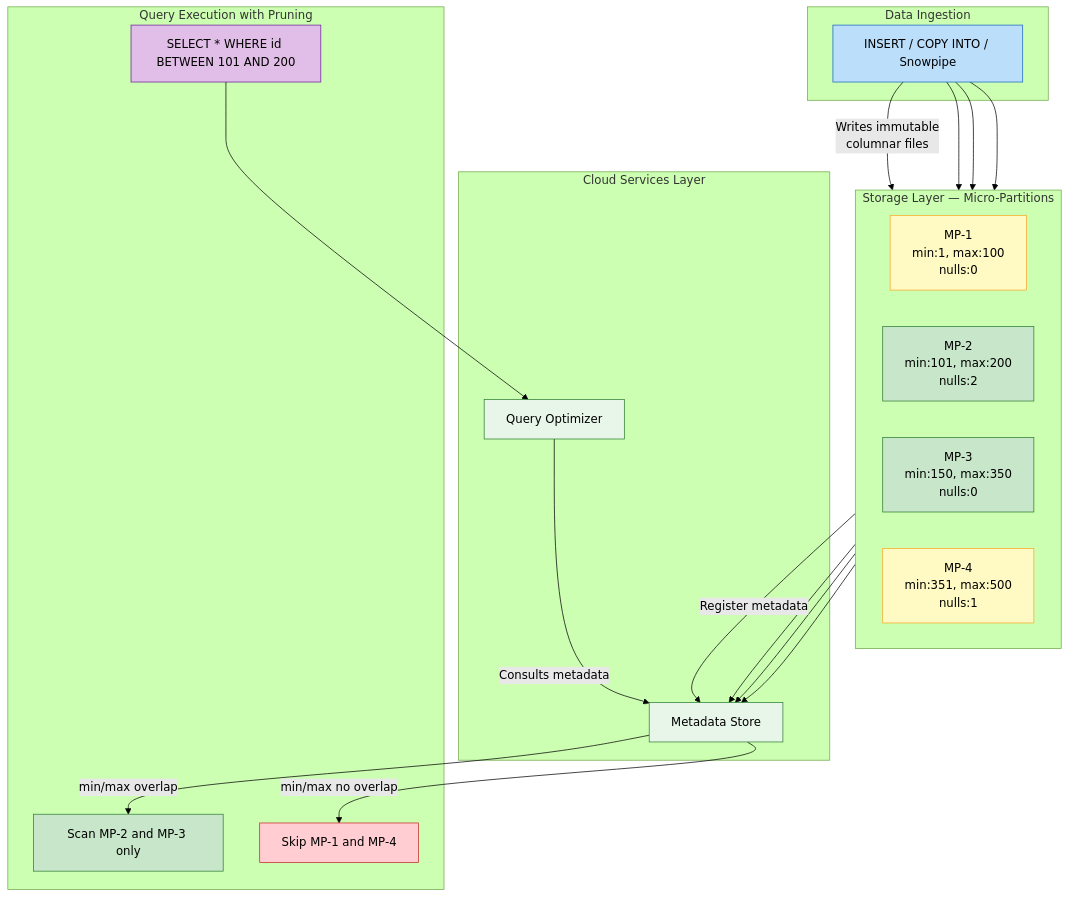
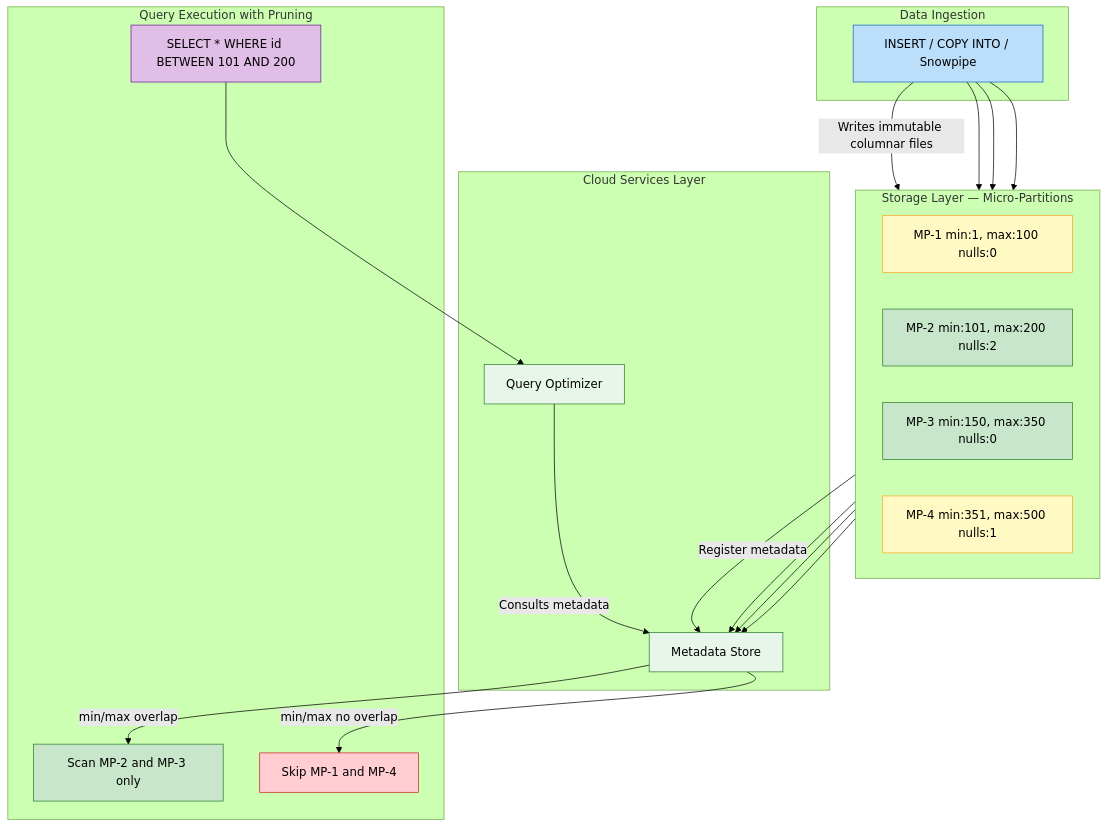
The diagram in 1_Snowflake_AI_Data_Cloud_Features_and_Architecture/1.3_Storage_Layer_and_Micro_Partitions.md (harishupadrasta/snowPro-Core), drawn with Mermaid (forest theme) before and after one commit. The commit also changed 16 other files, not shown here.

First line of the commit message:
Fix mermaid diagrams: replace <br/> with spaces for GitHub rendering

````diff
--- a/1_Snowflake_AI_Data_Cloud_Features_and_Architecture/1.3_Storage_Layer_and_Micro_Partitions.md
+++ b/1_Snowflake_AI_Data_Cloud_Features_and_Architecture/1.3_Storage_Layer_and_Micro_Partitions.md
@@ -35,51 +35,51 @@
 ```mermaid
 graph TD
     subgraph "Data Ingestion"
         INS[INSERT / COPY INTO / Snowpipe]
     end
 
     subgraph "Cloud Services Layer"
         META[Metadata Store]
         OPT[Query Optimizer]
     end
 
     subgraph "Storage Layer — Micro-Partitions"
         direction LR
-        MP1["MP-1<br/>min:1, max:100<br/>nulls:0"]
-        MP2["MP-2<br/>min:101, max:200<br/>nulls:2"]
-        MP3["MP-3<br/>min:150, max:350<br/>nulls:0"]
-        MP4["MP-4<br/>min:351, max:500<br/>nulls:1"]
+        MP1["MP-1 min:1, max:100 nulls:0"]
+        MP2["MP-2 min:101, max:200 nulls:2"]
+        MP3["MP-3 min:150, max:350 nulls:0"]
+        MP4["MP-4 min:351, max:500 nulls:1"]
     end
 
     subgraph "Query Execution with Pruning"
         Q["SELECT * WHERE id BETWEEN 101 AND 200"]
         SCAN["Scan MP-2 and MP-3 only"]
         SKIP["Skip MP-1 and MP-4"]
     end
 
-    INS -->|"Writes immutable<br/>columnar files"| MP1
+    INS -->|"Writes immutable columnar files"| MP1
     INS --> MP2
     INS --> MP3
     INS --> MP4
 
     MP1 -->|"Register metadata"| META
     MP2 --> META
     MP3 --> META
     MP4 --> META
 
     Q --> OPT
     OPT -->|"Consults metadata"| META
     META -->|"min/max overlap"| SCAN
     META -->|"min/max no overlap"| SKIP
 
     style INS fill:#BBDEFB,stroke:#1565C0
     style META fill:#E8F5E9,stroke:#2E7D32
     style OPT fill:#E8F5E9,stroke:#2E7D32
     style MP1 fill:#FFF9C4,stroke:#F9A825
     style MP2 fill:#C8E6C9,stroke:#2E7D32
     style MP3 fill:#C8E6C9,stroke:#2E7D32
     style MP4 fill:#FFF9C4,stroke:#F9A825
     style Q fill:#E1BEE7,stroke:#6A1B9A
     style SCAN fill:#C8E6C9,stroke:#2E7D32
     style SKIP fill:#FFCDD2,stroke:#C62828
 ```
````
